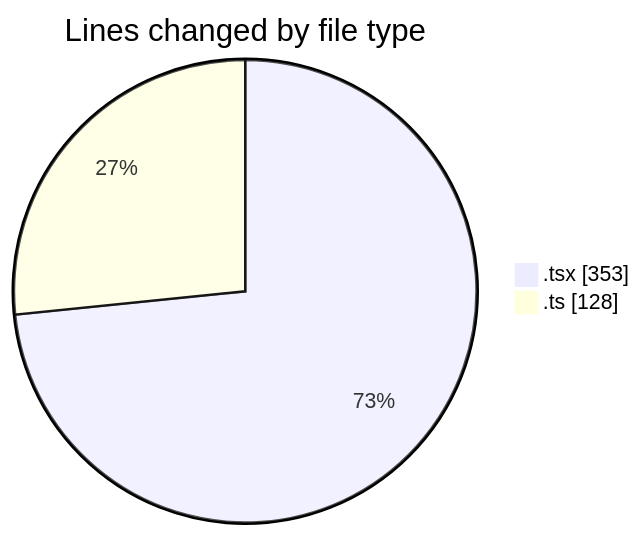
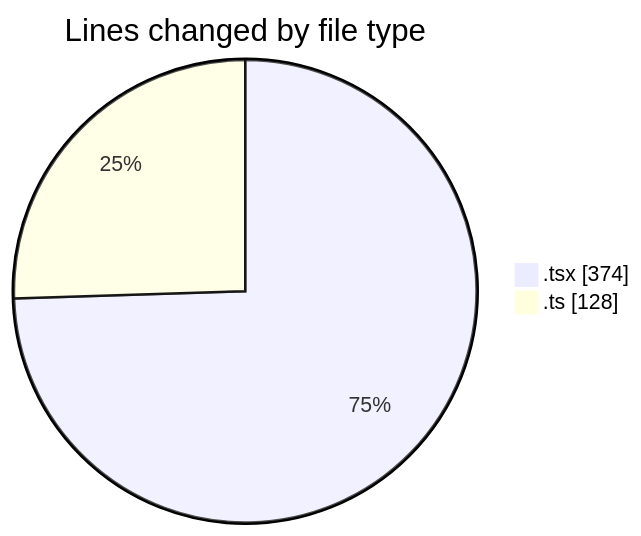
Before and after one commit to nxtqubesakshisongat/code-tracking: the first of 2 diagrams in 2026-04-20/airfeed-analytics-dashboard/README.md, drawn with Mermaid. The commit also changed other lines of this file and 1 other file, not shown here.

````diff
--- a/2026-04-20/airfeed-analytics-dashboard/README.md
+++ b/2026-04-20/airfeed-analytics-dashboard/README.md
@@ -22,6 +22,6 @@
 ```mermaid
 pie showData
 title Lines changed by file type
-".tsx" : 353
+".tsx" : 374
 ".ts" : 128
 ```
````
